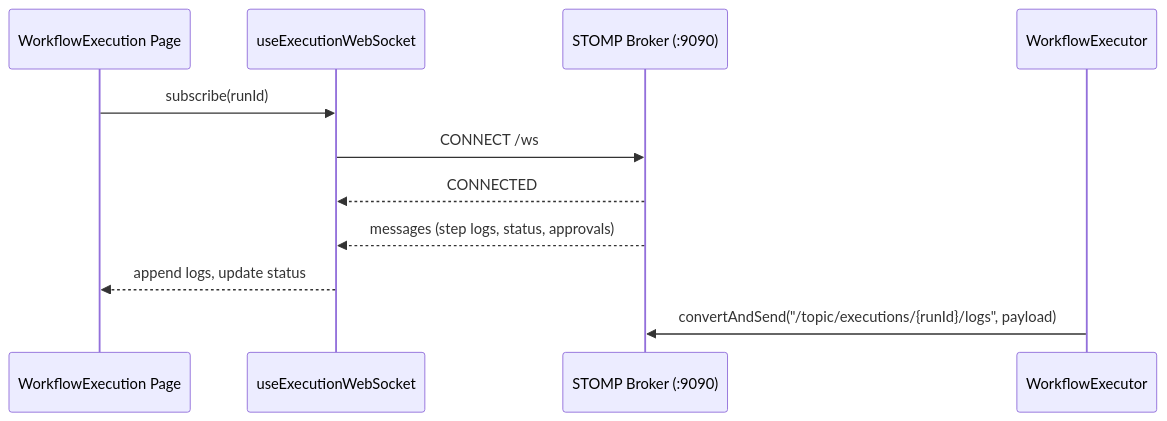
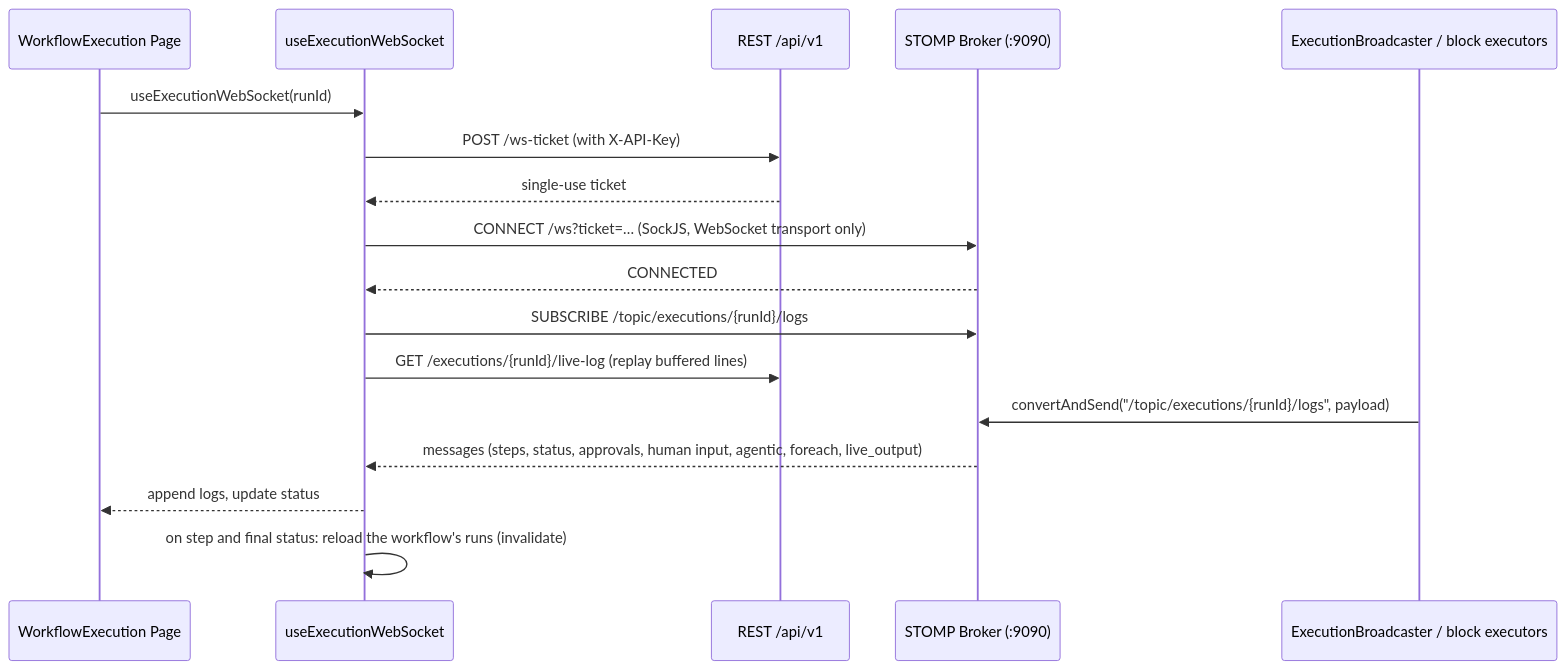
Before and after one commit to FLSEST/MySuricates: the third of 3 diagrams in docs/en/frontend-flow-diagrams.md, drawn with Mermaid. The commit also changed other lines of this file and 4 other files, not shown here.

First line of the commit message:
docs(diagramme): Frontend page shows all routes, stores, invalidation and WebSocket ticket

````diff
--- a/docs/en/frontend-flow-diagrams.md
+++ b/docs/en/frontend-flow-diagrams.md
@@ -77,14 +95,20 @@
 ```mermaid
 sequenceDiagram
     participant UI as WorkflowExecution Page
     participant WS as useExecutionWebSocket
+    participant API as REST /api/v1
     participant ST as STOMP Broker (:9090)
-    participant BE as WorkflowExecutor
+    participant BE as ExecutionBroadcaster / block executors
 
-    UI->>WS: subscribe(runId)
-    WS->>ST: CONNECT /ws
+    UI->>WS: useExecutionWebSocket(runId)
+    WS->>API: POST /ws-ticket (with X-API-Key)
+    API-->>WS: single-use ticket
+    WS->>ST: CONNECT /ws?ticket=… (SockJS, WebSocket transport only)
     ST-->>WS: CONNECTED
-    ST-->>WS: messages (step logs, status, approvals)
+    WS->>ST: SUBSCRIBE /topic/executions/{runId}/logs
+    WS->>API: GET /executions/{runId}/live-log (replay buffered lines)
+    BE->>ST: convertAndSend("/topic/executions/{runId}/logs", payload)
+    ST-->>WS: messages (steps, status, approvals, human input, agentic, foreach, live_output)
     WS-->>UI: append logs, update status
-    BE->>ST: convertAndSend("/topic/executions/{runId}/logs", payload)
+    WS->>WS: on step and final status: reload the workflow's runs (invalidate)
 ```
````
